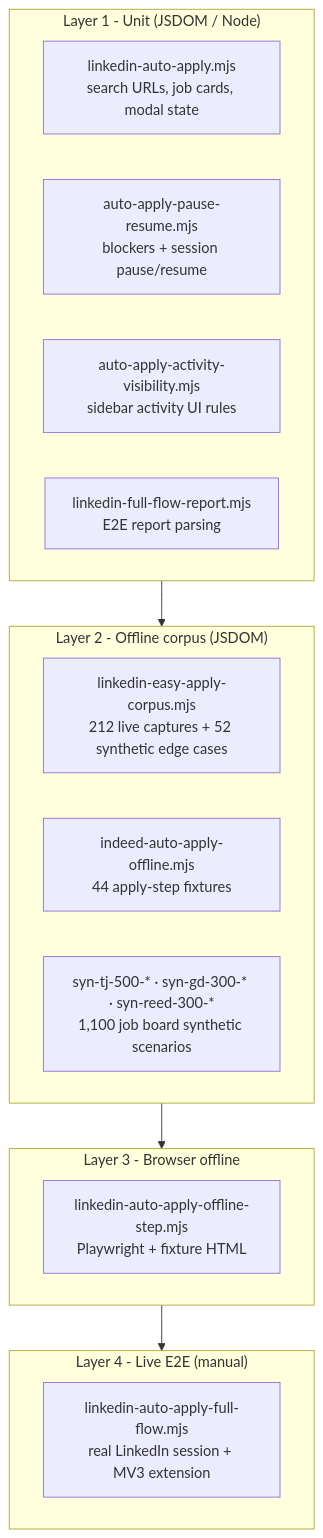
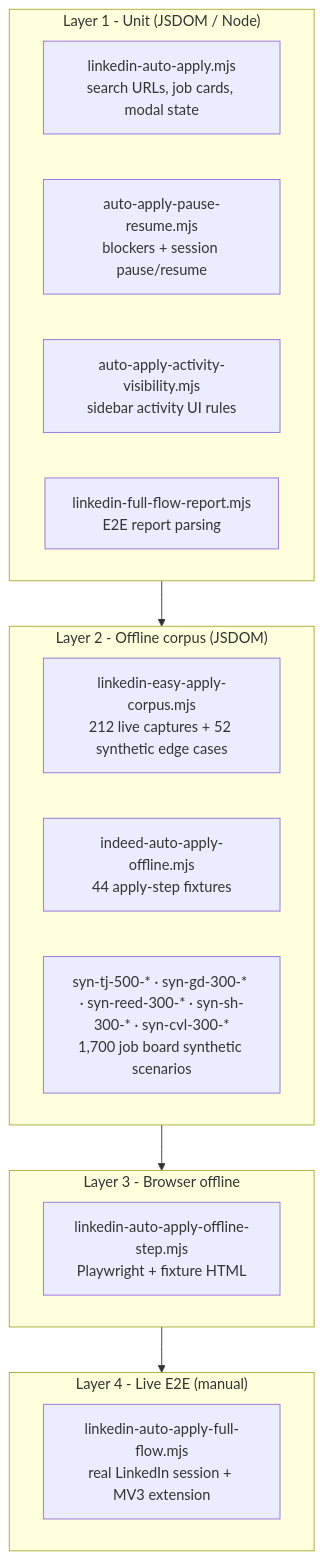
Before and after one commit to tmwclaxton/autoapplycv: the fifth of 5 diagrams in README.md, drawn with Mermaid. The commit also changed other lines of this file and 1 other file, not shown here.

````diff
--- a/README.md
+++ b/README.md
@@ -698,25 +699,25 @@
 ```mermaid
 flowchart TB
     subgraph L1["Layer 1 - Unit (JSDOM / Node)"]
         U1["linkedin-auto-apply.mjs<br/>search URLs, job cards, modal state"]
         U2["auto-apply-pause-resume.mjs<br/>blockers + session pause/resume"]
         U3["auto-apply-activity-visibility.mjs<br/>sidebar activity UI rules"]
         U4["linkedin-full-flow-report.mjs<br/>E2E report parsing"]
     end
 
     subgraph L2["Layer 2 - Offline corpus (JSDOM)"]
         C["linkedin-easy-apply-corpus.mjs<br/>212 live captures + 52 synthetic edge cases"]
         I["indeed-auto-apply-offline.mjs<br/>44 apply-step fixtures"]
-        TJ["syn-tj-500-* · syn-gd-300-* · syn-reed-300-*<br/>1,100 job board synthetic scenarios"]
+        TJ["syn-tj-500-* · syn-gd-300-* · syn-reed-300-* · syn-sh-300-* · syn-cvl-300-*<br/>1,700 job board synthetic scenarios"]
     end
 
     subgraph L3["Layer 3 - Browser offline"]
         O["linkedin-auto-apply-offline-step.mjs<br/>Playwright + fixture HTML"]
     end
 
     subgraph L4["Layer 4 - Live E2E (manual)"]
         E["linkedin-auto-apply-full-flow.mjs<br/>real LinkedIn session + MV3 extension"]
     end
 
     L1 --> L2 --> L3 --> L4
 ```
````
